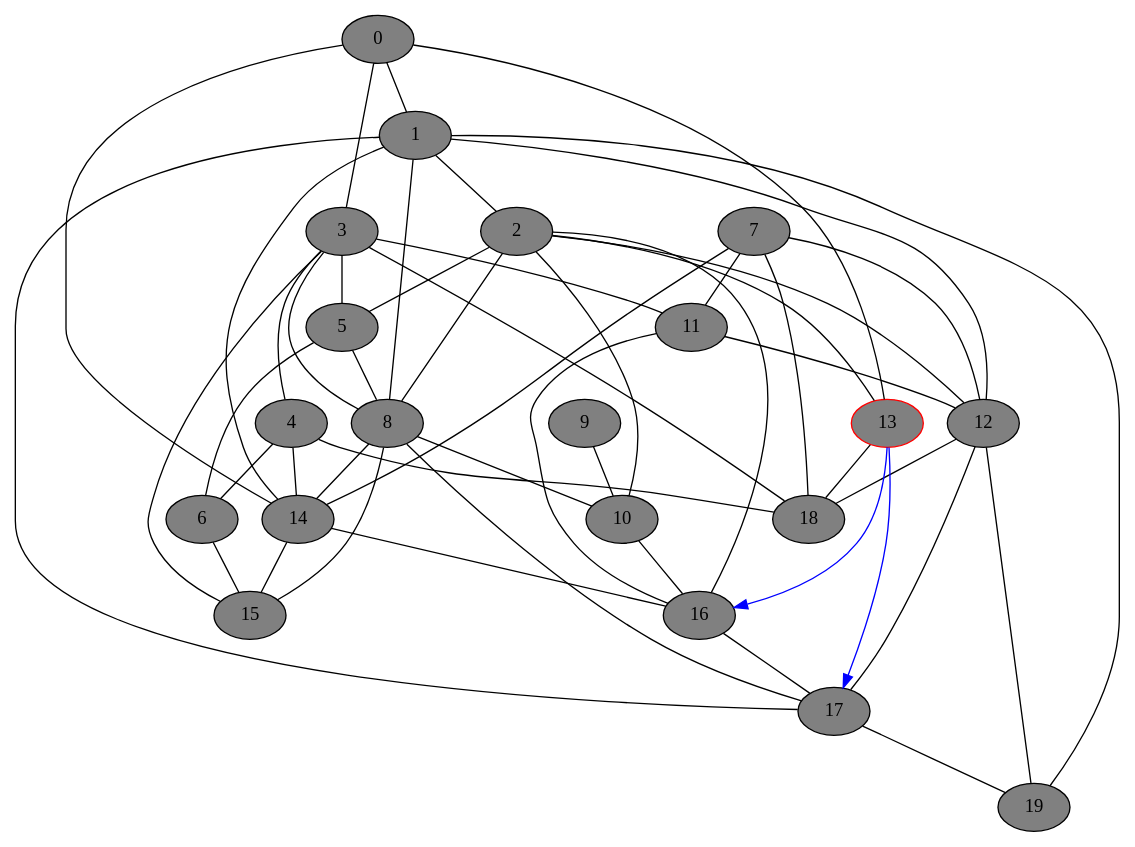
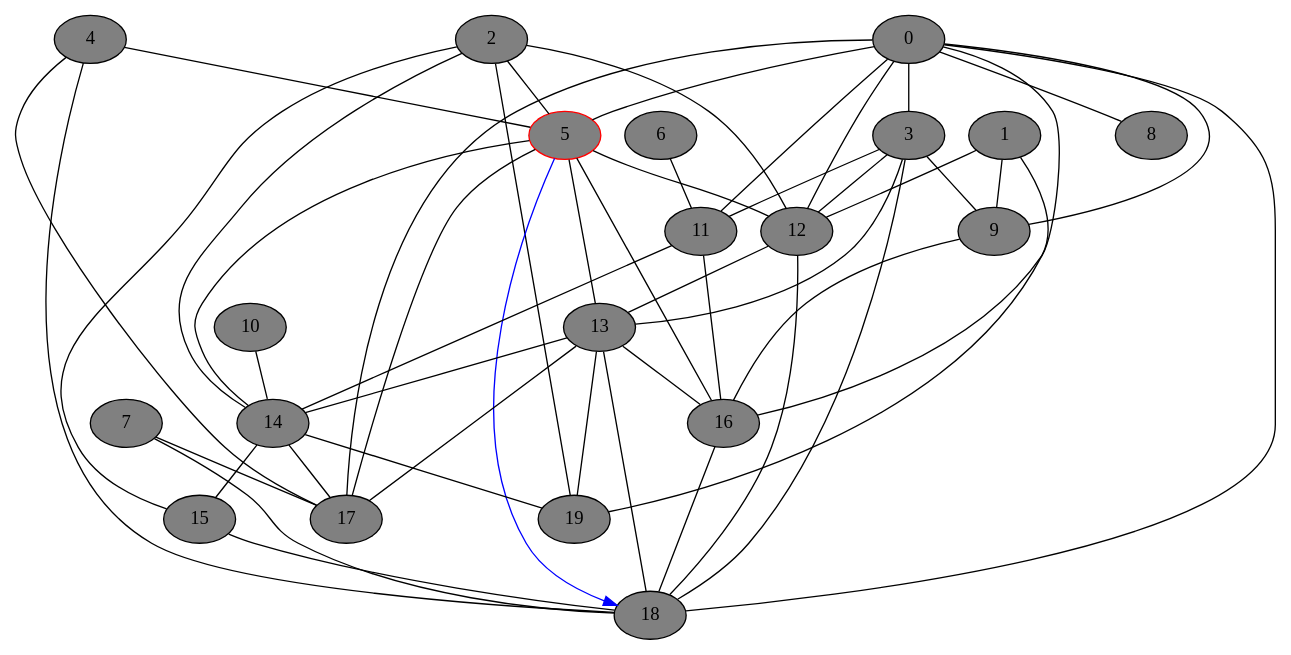
The diagram in gv_graphs/nxt0085.dot (DSMishler/EBA_models), drawn with Graphviz before and after one commit. The commit also changed 704 other files, not shown here.

```diff
--- a/gv_graphs/nxt0085.dot
+++ b/gv_graphs/nxt0085.dot
@@ -1,74 +1,74 @@
 // network test graph
 digraph
 {
 	0 [fillcolor=gray,style=filled,]
 	1 [fillcolor=gray,style=filled,]
 	2 [fillcolor=gray,style=filled,]
 	3 [fillcolor=gray,style=filled,]
 	4 [fillcolor=gray,style=filled,]
-	5 [fillcolor=gray,style=filled,]
+	5 [fillcolor=gray,style=filled,color=red,]
 	6 [fillcolor=gray,style=filled,]
 	7 [fillcolor=gray,style=filled,]
 	8 [fillcolor=gray,style=filled,]
 	9 [fillcolor=gray,style=filled,]
 	10 [fillcolor=gray,style=filled,]
 	11 [fillcolor=gray,style=filled,]
 	12 [fillcolor=gray,style=filled,]
-	13 [fillcolor=gray,style=filled,color=red,]
+	13 [fillcolor=gray,style=filled,]
 	14 [fillcolor=gray,style=filled,]
 	15 [fillcolor=gray,style=filled,]
 	16 [fillcolor=gray,style=filled,]
 	17 [fillcolor=gray,style=filled,]
 	18 [fillcolor=gray,style=filled,]
 	19 [fillcolor=gray,style=filled,]
-	0 -> 1 [dir=none]
 	0 -> 3 [dir=none]
-	0 -> 13 [dir=none]
-	0 -> 14 [dir=none]
-	1 -> 2 [dir=none]
-	1 -> 8 [dir=none]
+	0 -> 5 [dir=none]
+	0 -> 8 [dir=none]
+	0 -> 9 [dir=none]
+	0 -> 11 [dir=none]
+	0 -> 12 [dir=none]
+	0 -> 16 [dir=none]
+	0 -> 17 [dir=none]
+	0 -> 18 [dir=none]
+	1 -> 9 [dir=none]
 	1 -> 12 [dir=none]
-	1 -> 14 [dir=none]
-	1 -> 17 [dir=none]
 	1 -> 19 [dir=none]
 	2 -> 5 [dir=none]
-	2 -> 8 [dir=none]
-	2 -> 10 [dir=none]
 	2 -> 12 [dir=none]
-	2 -> 13 [dir=none]
-	2 -> 16 [dir=none]
-	3 -> 4 [dir=none]
-	3 -> 5 [dir=none]
-	3 -> 8 [dir=none]
+	2 -> 14 [dir=none]
+	2 -> 15 [dir=none]
+	2 -> 19 [dir=none]
+	3 -> 9 [dir=none]
 	3 -> 11 [dir=none]
-	3 -> 15 [dir=none]
+	3 -> 12 [dir=none]
+	3 -> 13 [dir=none]
 	3 -> 18 [dir=none]
-	4 -> 6 [dir=none]
-	4 -> 14 [dir=none]
+	4 -> 5 [dir=none]
+	4 -> 17 [dir=none]
 	4 -> 18 [dir=none]
-	5 -> 6 [dir=none]
-	5 -> 8 [dir=none]
-	6 -> 15 [dir=none]
-	7 -> 11 [dir=none]
-	7 -> 12 [dir=none]
-	7 -> 14 [dir=none]
+	5 -> 12 [dir=none]
+	5 -> 13 [dir=none]
+	5 -> 14 [dir=none]
+	5 -> 16 [dir=none]
+	5 -> 17 [dir=none]
+	5 -> 18 [dir=forward,color=blue,]
+	6 -> 11 [dir=none]
+	7 -> 17 [dir=none]
 	7 -> 18 [dir=none]
-	8 -> 10 [dir=none]
-	8 -> 14 [dir=none]
-	8 -> 15 [dir=none]
-	8 -> 17 [dir=none]
-	9 -> 10 [dir=none]
-	10 -> 16 [dir=none]
-	11 -> 12 [dir=none]
+	9 -> 16 [dir=none]
+	10 -> 14 [dir=none]
+	11 -> 14 [dir=none]
 	11 -> 16 [dir=none]
-	12 -> 17 [dir=none]
+	12 -> 13 [dir=none]
 	12 -> 18 [dir=none]
-	12 -> 19 [dir=none]
-	13 -> 16 [dir=forward,color=blue,]
-	13 -> 17 [dir=forward,color=blue,]
+	13 -> 14 [dir=none]
+	13 -> 16 [dir=none]
+	13 -> 17 [dir=none]
 	13 -> 18 [dir=none]
+	13 -> 19 [dir=none]
 	14 -> 15 [dir=none]
-	14 -> 16 [dir=none]
-	16 -> 17 [dir=none]
-	17 -> 19 [dir=none]
+	14 -> 17 [dir=none]
+	14 -> 19 [dir=none]
+	15 -> 18 [dir=none]
+	16 -> 18 [dir=none]
 }
```
